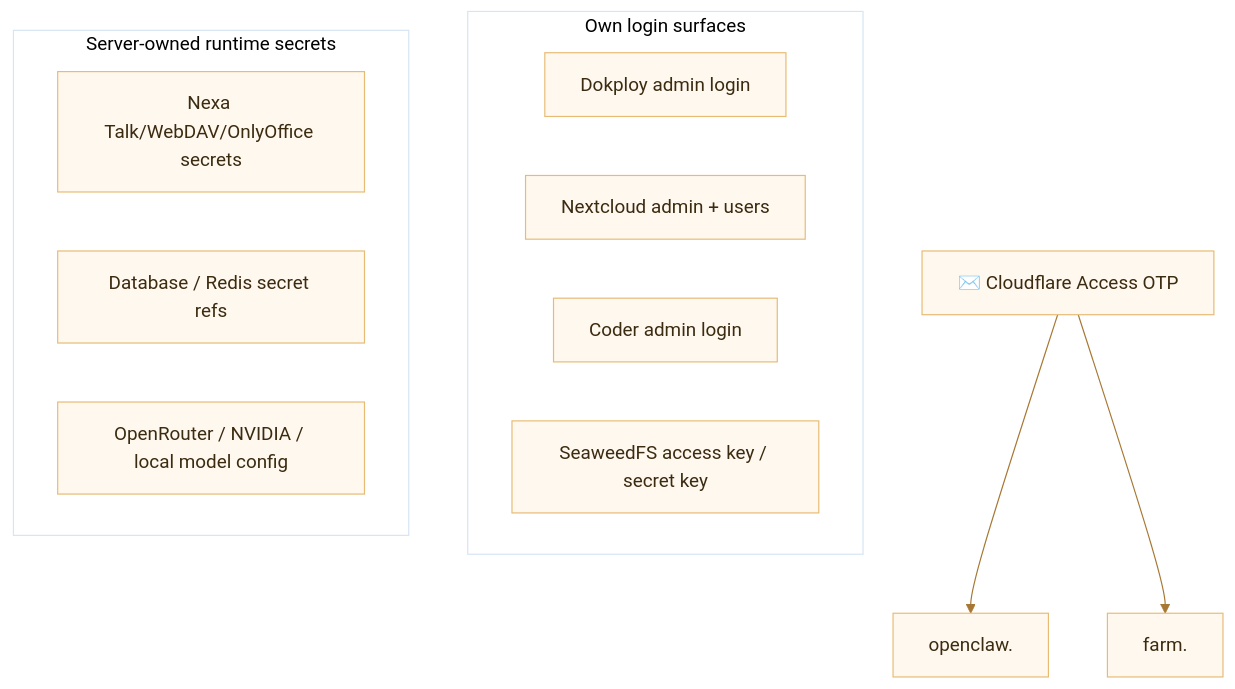
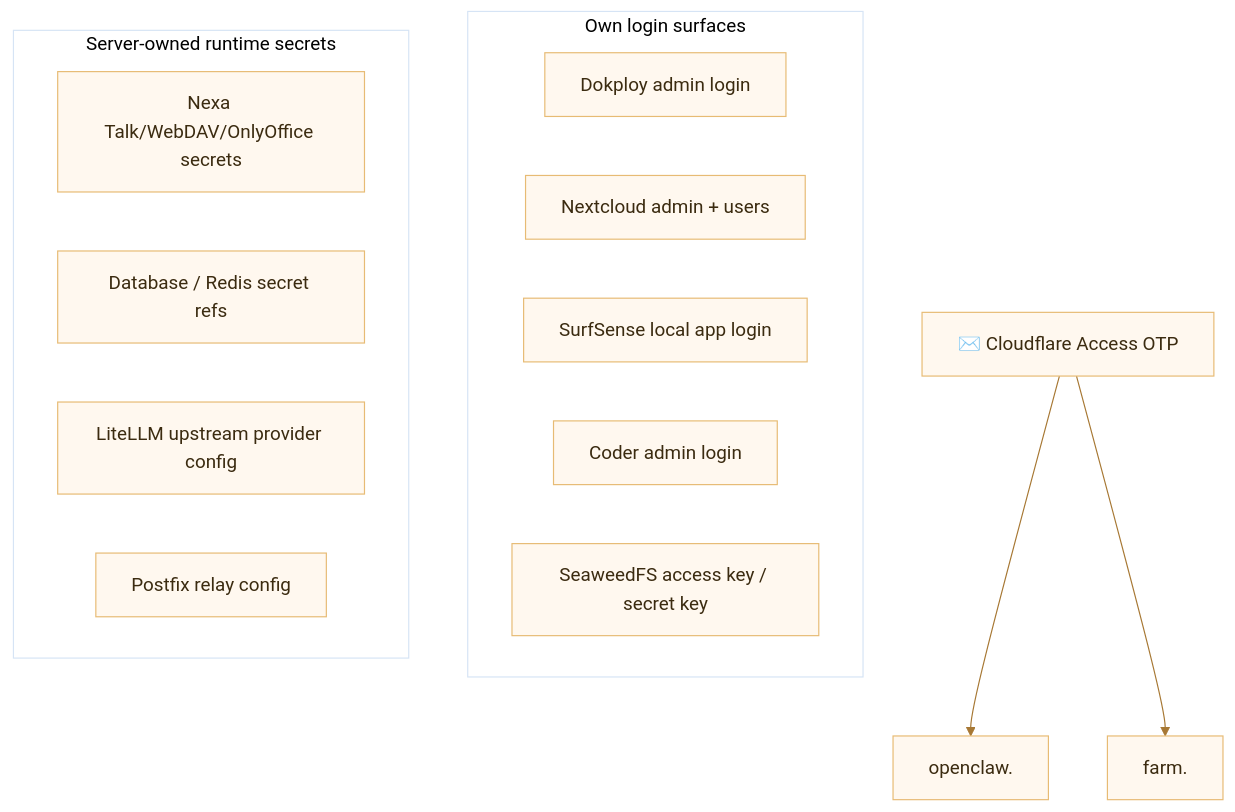
The third of 3 diagrams in README.md (borealBytes/dokploy-wizard), drawn with Mermaid before and after one commit. The commit also changed other lines of this file, not shown here.

````diff
--- a/README.md
+++ b/README.md
@@ -289,28 +335,30 @@
 ```mermaid
 %%{init: {
   "theme": "base",
   "themeVariables": {
     "primaryColor": "#fff8ef",
     "primaryTextColor": "#3b2b10",
     "primaryBorderColor": "#e7bb74",
     "lineColor": "#a77834",
     "fontFamily": "Inter, ui-sans-serif, system-ui, sans-serif"
   }
 }}%%
 flowchart TD
     CFOTP[✉️ Cloudflare Access OTP] --> OpenClaw[openclaw.<root-domain>]
     CFOTP --> Farm[farm.<root-domain>]
 
     subgraph AppLogins[Own login surfaces]
       Dokploy[Dokploy admin login]
       Nextcloud[Nextcloud admin + users]
+      SurfSense[SurfSense local app login]
       Coder[Coder admin login]
       Seaweed[SeaweedFS access key / secret key]
     end
 
     subgraph InternalSecrets[Server-owned runtime secrets]
       Nexa[Nexa Talk/WebDAV/OnlyOffice secrets]
       DB[Database / Redis secret refs]
-      Model[OpenRouter / NVIDIA / local model config]
+      Model[LiteLLM upstream provider config]
+      Mail[Postfix relay config]
     end
 ```
````
